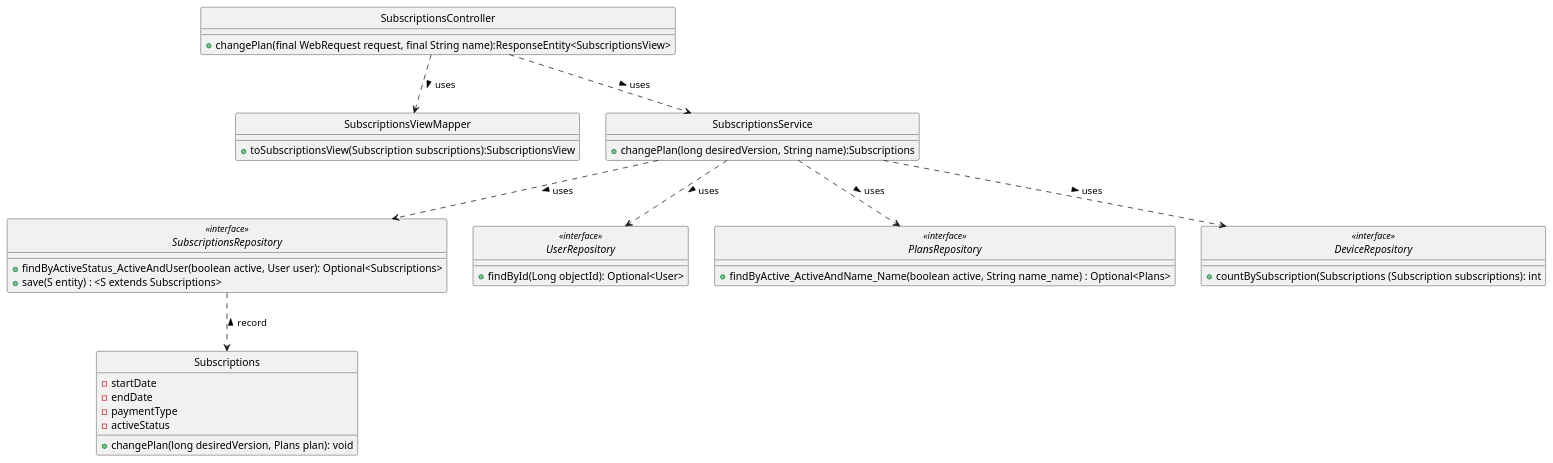
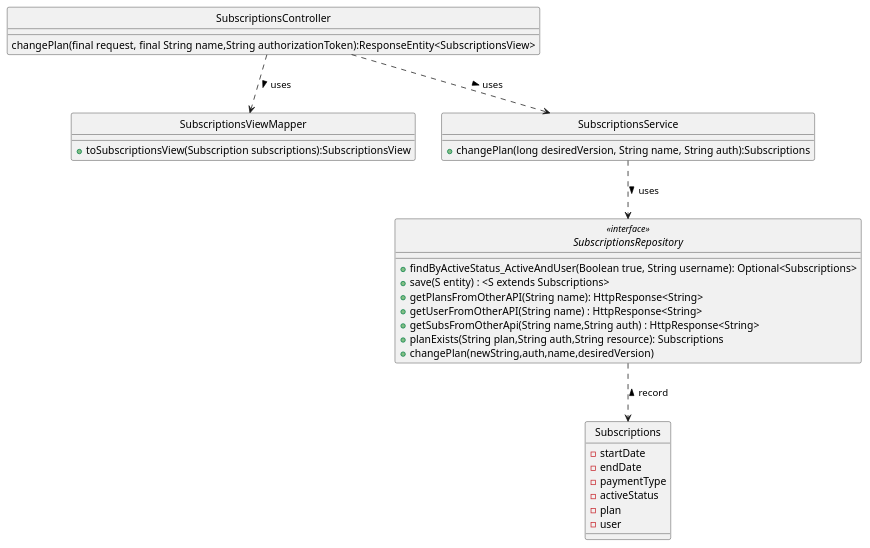
The diagram in docs_sidis/Subs/UC22 - ChangeSubs_Plan/UC22-CD.puml (IsepMartimOliveira/SIDIS), drawn with PlantUML before and after one commit. The commit also changed 35 other files, not shown here.

```diff
--- a/docs_sidis/Subs/UC22 - ChangeSubs_Plan/UC22-CD.puml
+++ b/docs_sidis/Subs/UC22 - ChangeSubs_Plan/UC22-CD.puml
@@ -1,61 +1,45 @@
 @startuml
 'https://plantuml.com/class-diagram
 hide circle
 class SubscriptionsRepository <<interface>>
-class UserRepository <<interface>>
-class PlansRepository <<interface>>
-class DeviceRepository <<interface>>
 
 class Subscriptions {
     -startDate
     -endDate
     -paymentType
     -activeStatus
-    +changePlan(long desiredVersion, Plans plan): void
+    -plan
+    -user
 }
 
-
+class SubscriptionsController{
+    changePlan(final request,  final String name,String authorizationToken):ResponseEntity<SubscriptionsView>
+ }
 
 class SubscriptionsViewMapper{
     +toSubscriptionsView(Subscription subscriptions):SubscriptionsView
 }
-class SubscriptionsController{
-    +changePlan(final WebRequest request, final String name):ResponseEntity<SubscriptionsView>
-    }
+interface SubscriptionsRepository
+{
++findByActiveStatus_ActiveAndUser(Boolean true, String username): Optional<Subscriptions>
++save(S entity) : <S extends Subscriptions>
++getPlansFromOtherAPI(String name): HttpResponse<String>
++getUserFromOtherAPI(String name) : HttpResponse<String>
++getSubsFromOtherApi(String name,String auth) : HttpResponse<String>
++planExists(String plan,String auth,String resource): Subscriptions
++changePlan(newString,auth,name,desiredVersion)
+}
+
 class SubscriptionsService{
- +changePlan(long desiredVersion, String name):Subscriptions
+ +changePlan(long desiredVersion, String name, String auth):Subscriptions
 
 }
 
-
-interface PlansRepository
-{
-+findByActive_ActiveAndName_Name(boolean active, String name_name)  : Optional<Plans>
-}
-
-interface UserRepository
-{
-+findById(Long objectId): Optional<User>
-}
-
-interface DeviceRepository
-{
-+countBySubscription(Subscriptions (Subscription subscriptions): int
-}
-
-interface SubscriptionsRepository
-{
-+findByActiveStatus_ActiveAndUser(boolean active, User user): Optional<Subscriptions>
-+save(S entity) : <S extends Subscriptions>
-}
 
 
 
 SubscriptionsController ..> SubscriptionsService: uses >
 SubscriptionsService ..> SubscriptionsRepository: uses >
-SubscriptionsService ..> PlansRepository: uses >
-SubscriptionsService ..> UserRepository: uses >
-SubscriptionsService ..> DeviceRepository: uses >
 SubscriptionsRepository ..> Subscriptions: < record
 SubscriptionsController ..>SubscriptionsViewMapper: uses >
 @enduml
```
